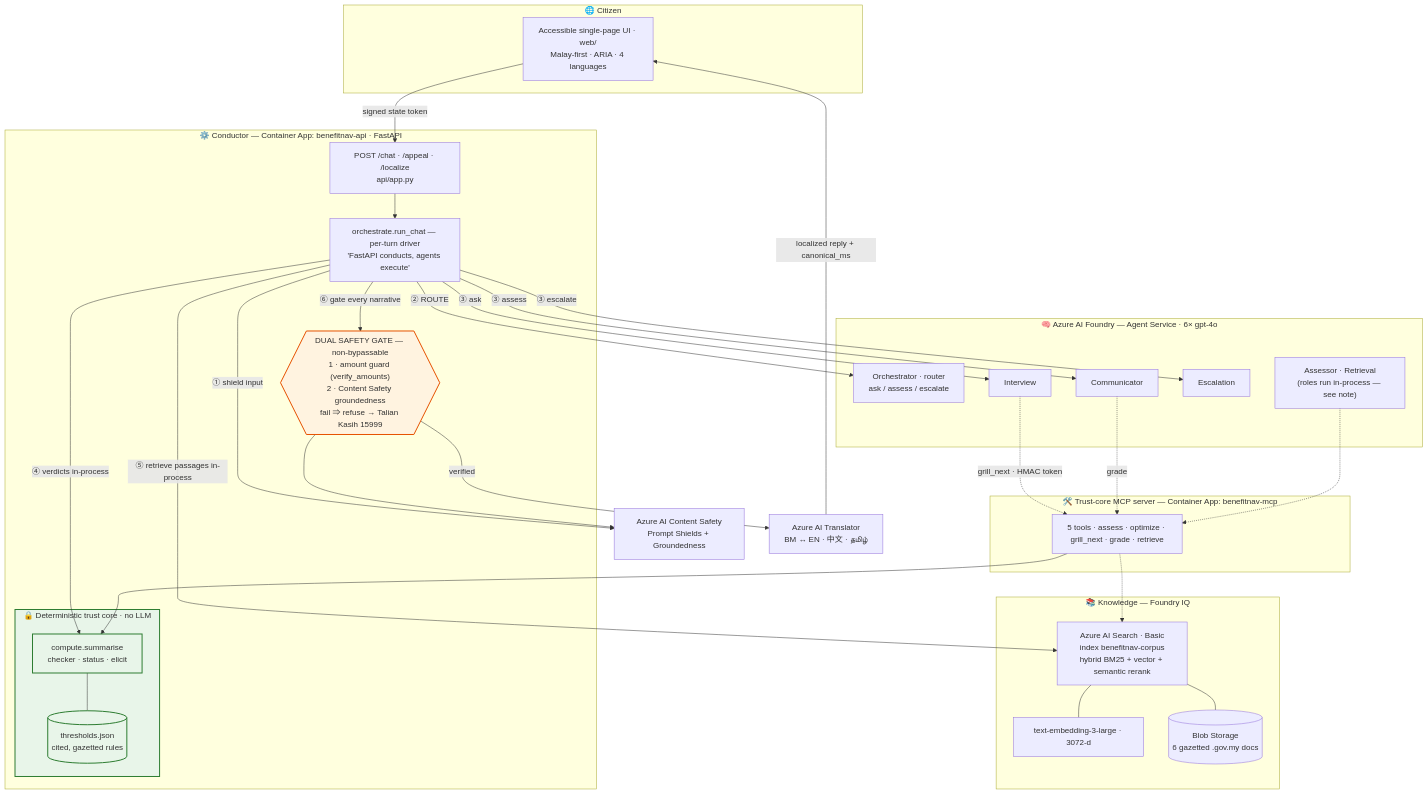
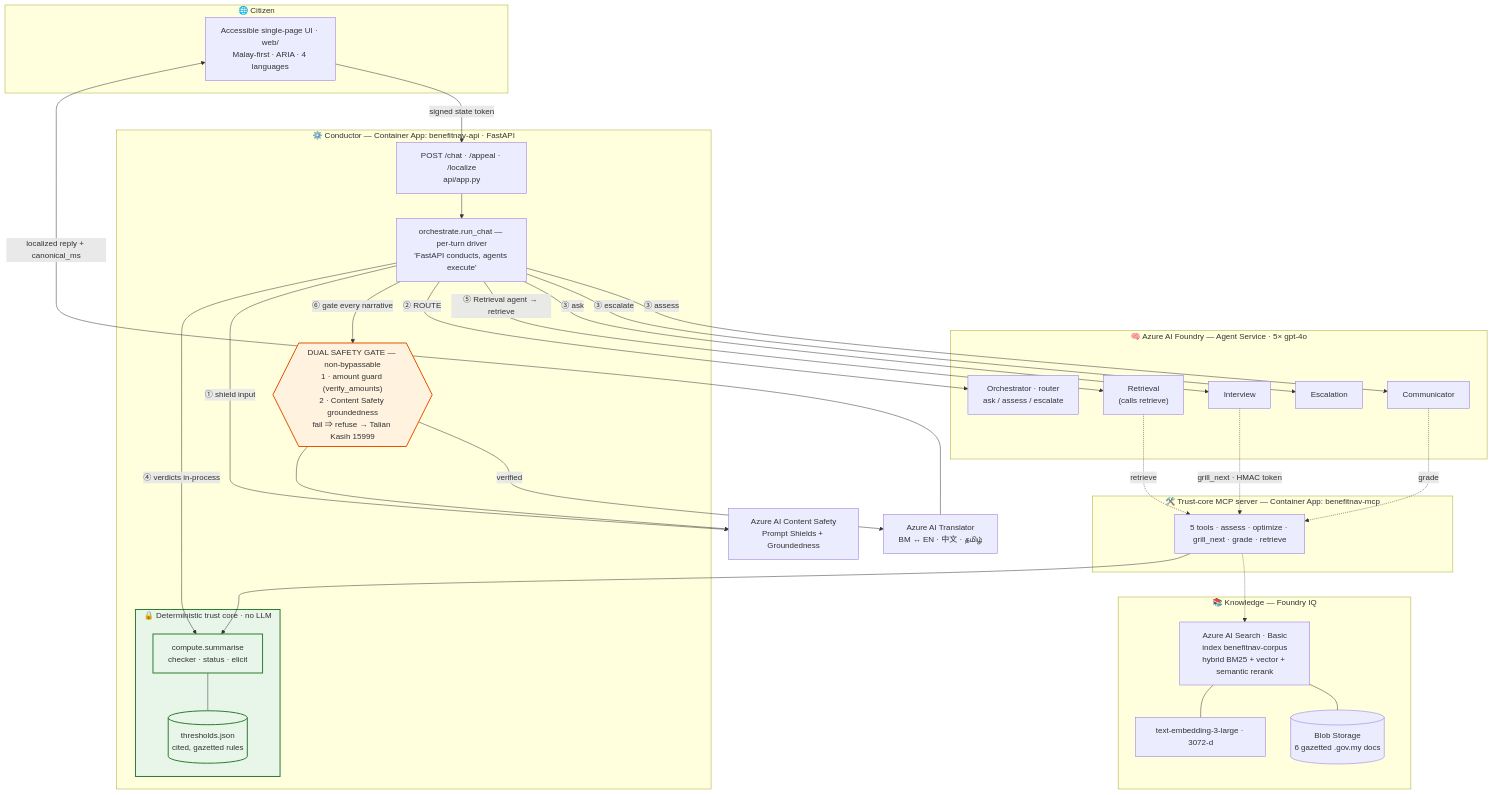
Before and after one commit to jipsy123/BenefitNavigator-MY: the first of 2 diagrams in README.md, drawn with Mermaid. The commit also changed other lines of this file and 6 other files, not shown here.

First line of the commit message:
docs: 5 agents, live Retrieval agent, fail-hard retrieval; sweep dead constants; flag diagram regen

````diff
--- a/README.md
+++ b/README.md
@@ -33,64 +33,64 @@
 ```mermaid
 flowchart TB
     subgraph CLIENT["🌐 Citizen"]
         UI["Accessible single-page UI · web/<br/>Malay-first · ARIA · 4 languages"]
     end
 
     subgraph CONDUCTOR["⚙️ Conductor — Container App: benefitnav-api · FastAPI"]
         API["POST /chat · /appeal · /localize<br/>api/app.py"]
         ORCH["orchestrate.run_chat — per-turn driver<br/>'FastAPI conducts, agents execute'"]
         GATE{{"DUAL SAFETY GATE — non-bypassable<br/>1 · amount guard (verify_amounts)<br/>2 · Content Safety groundedness<br/>fail ⇒ refuse → Talian Kasih 15999"}}
         subgraph CORE["🔒 Deterministic trust core · no LLM"]
             COMPUTE["compute.summarise<br/>checker · status · elicit"]
             TH[("thresholds.json<br/>cited, gazetted rules")]
         end
     end
 
-    subgraph FOUNDRY["🧠 Azure AI Foundry — Agent Service · 6× gpt-4o"]
+    subgraph FOUNDRY["🧠 Azure AI Foundry — Agent Service · 5× gpt-4o"]
         ROUTER["Orchestrator · router<br/>ask / assess / escalate"]
         INT["Interview"]
         COMM["Communicator"]
         ESC["Escalation"]
-        ASSRET["Assessor · Retrieval<br/>(roles run in-process — see note)"]
+        RET["Retrieval<br/>(calls retrieve)"]
     end
 
     subgraph MCP["🛠️ Trust-core MCP server — Container App: benefitnav-mcp"]
         TOOLS["5 tools · assess · optimize · grill_next · grade · retrieve"]
     end
 
     subgraph KNOW["📚 Knowledge — Foundry IQ"]
         SEARCH["Azure AI Search · Basic<br/>index benefitnav-corpus<br/>hybrid BM25 + vector + semantic rerank"]
         EMB["text-embedding-3-large · 3072-d"]
         BLOB[("Blob Storage<br/>6 gazetted .gov.my docs")]
     end
 
     SAFETY["Azure AI Content Safety<br/>Prompt Shields + Groundedness"]
     TRANS["Azure AI Translator<br/>BM ↔ EN · 中文 · தமிழ்"]
 
     UI -->|"signed state token"| API
     API --> ORCH
     ORCH -->|"① shield input"| SAFETY
     ORCH -->|"② ROUTE"| ROUTER
     ORCH -->|"③ ask"| INT
     ORCH -->|"③ assess"| COMM
     ORCH -->|"③ escalate"| ESC
     ORCH -->|"④ verdicts in-process"| COMPUTE
     COMPUTE --- TH
-    ORCH -->|"⑤ retrieve passages in-process"| SEARCH
+    ORCH -->|"⑤ Retrieval agent → retrieve"| RET
+    RET -.->|"retrieve"| TOOLS
     INT -.->|"grill_next · HMAC token"| TOOLS
     COMM -.->|"grade"| TOOLS
-    ASSRET -.-> TOOLS
     TOOLS --> COMPUTE
     TOOLS -.-> SEARCH
     SEARCH --- EMB
     SEARCH --- BLOB
     ORCH -->|"⑥ gate every narrative"| GATE
     GATE --> SAFETY
     GATE -->|"verified"| TRANS
     TRANS -->|"localized reply + canonical_ms"| UI
 
     classDef trust fill:#e8f5e9,stroke:#2e7d32,stroke-width:2px;
     classDef gate fill:#fff3e0,stroke:#e65100,stroke-width:2px;
     class CORE,COMPUTE,TH trust;
     class GATE gate;
 ```
````
